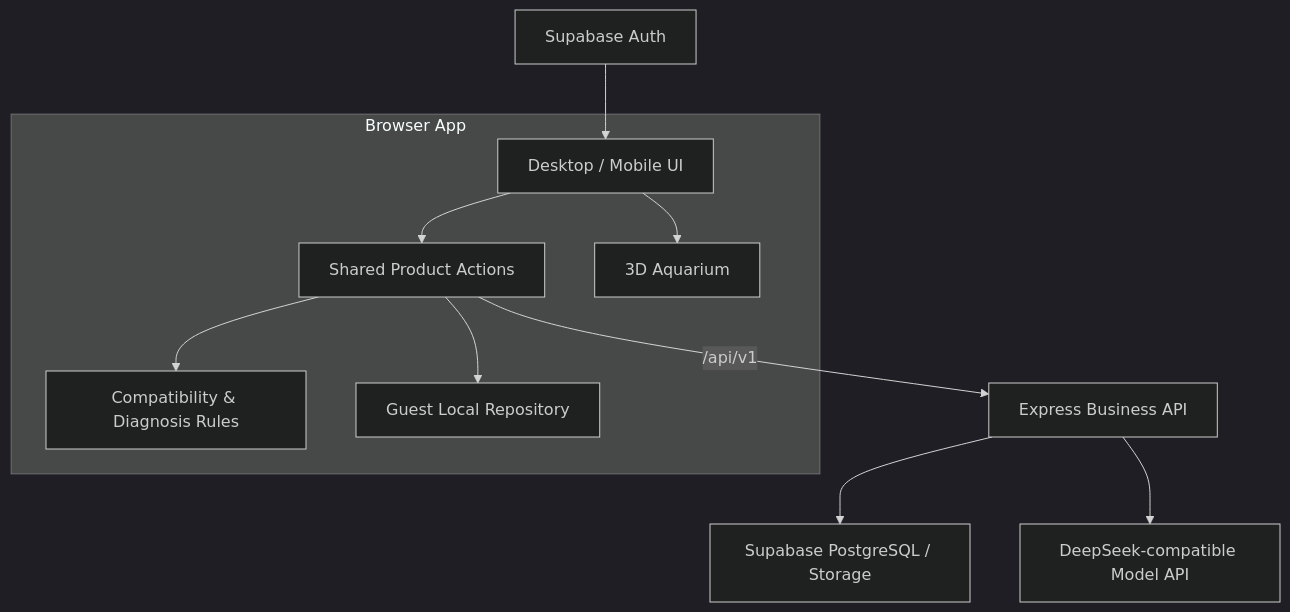
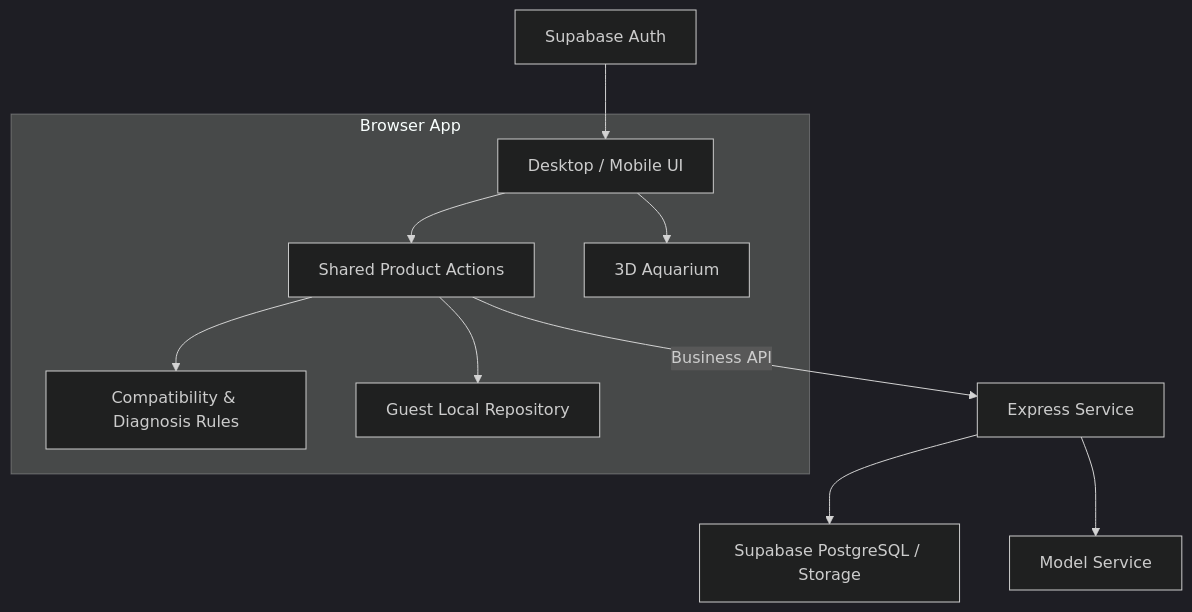
The second of 2 diagrams in README.md (chusday97/aquaguide-tank-guide), drawn with Mermaid (dark theme) before and after one commit. The commit also changed other lines of this file, not shown here.

````diff
--- a/README.md
+++ b/README.md
@@ -69,19 +71,19 @@
 ```mermaid
 flowchart TB
   subgraph Client[Browser App]
     UI[Desktop / Mobile UI]
     Actions[Shared Product Actions]
     Rules[Compatibility & Diagnosis Rules]
     Local[Guest Local Repository]
     Three[3D Aquarium]
     UI --> Actions
     Actions --> Rules
     Actions --> Local
     UI --> Three
   end
 
-  Actions -->|/api/v1| API[Express Business API]
+  Actions -->|Business API| API[Express Service]
   API --> DB[Supabase PostgreSQL / Storage]
-  API --> AI[DeepSeek-compatible Model API]
+  API --> AI[Model Service]
   Auth[Supabase Auth] --> UI
 ```
````
